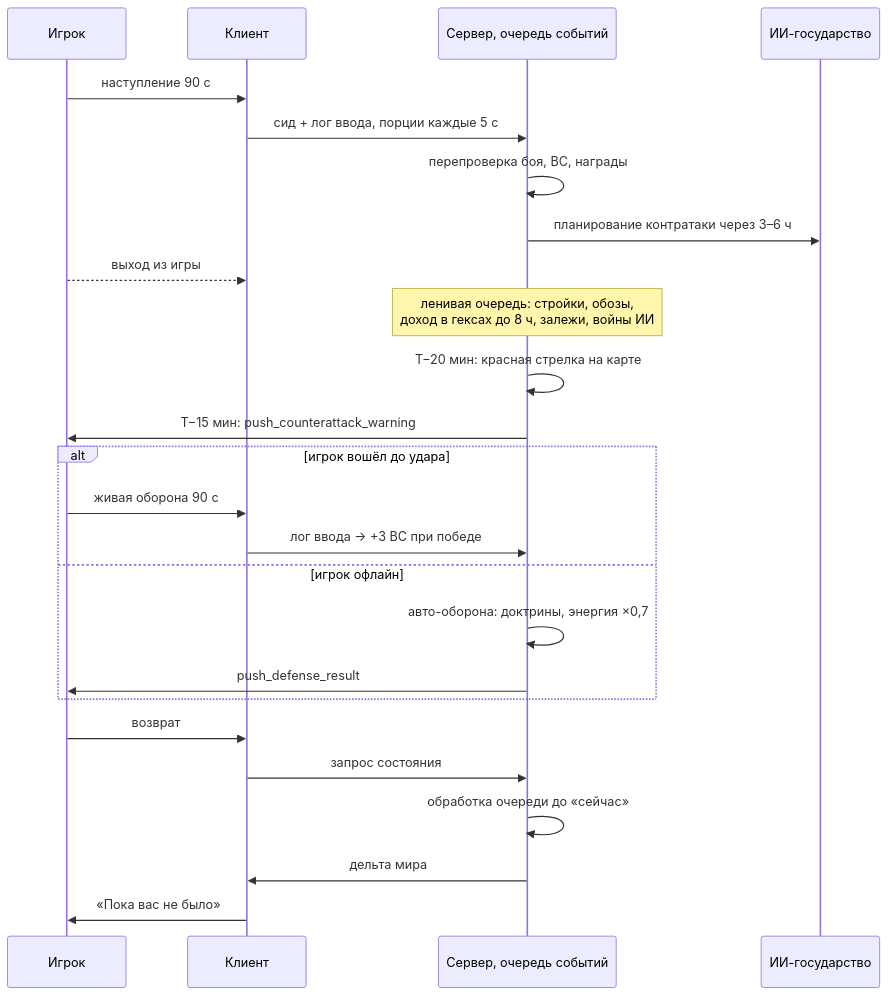
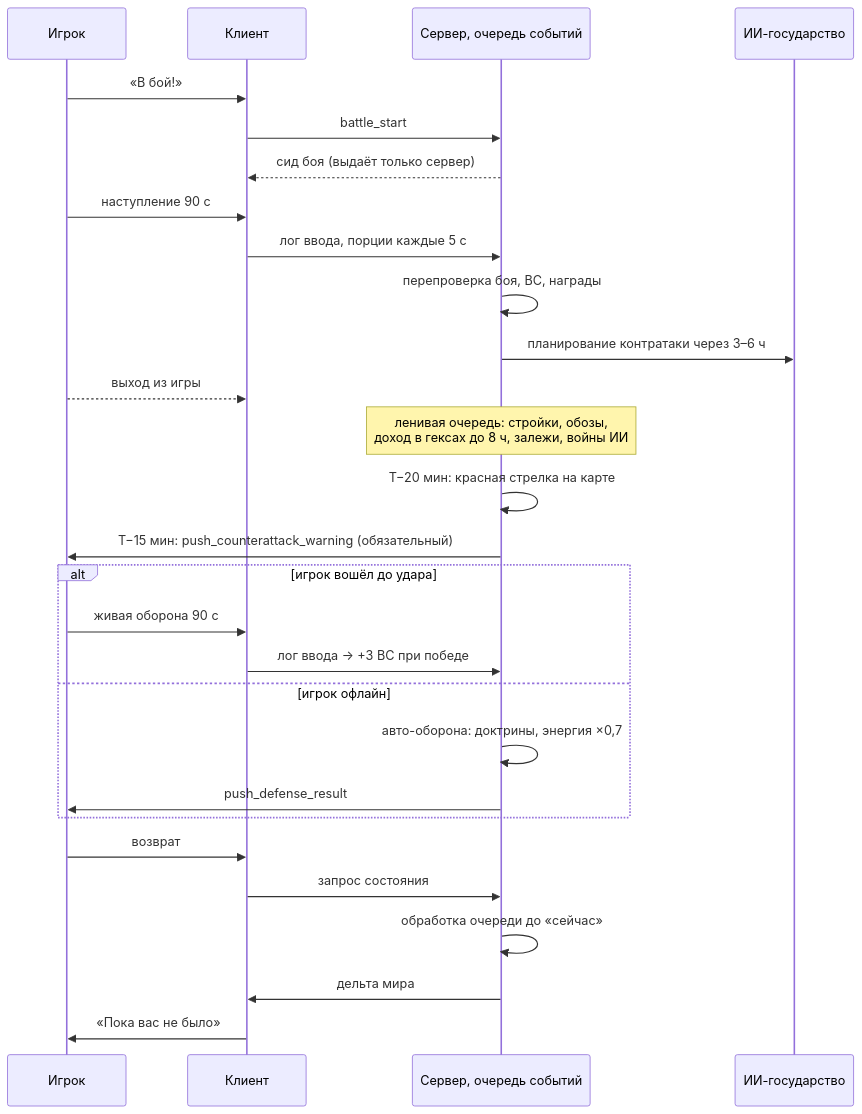
Before and after one commit to kaboomenko/Raivon: the seventh of 10 diagrams in docs/gdd/01_vision_core_loop.md, drawn with Mermaid. The commit also changed other lines of this file and 12 other files, not shown here.

````diff
--- a/docs/gdd/01_vision_core_loop.md
+++ b/docs/gdd/01_vision_core_loop.md
@@ -655,27 +674,30 @@
 ```mermaid
 sequenceDiagram
     participant P as Игрок
     participant C as Клиент
     participant S as Сервер, очередь событий
     participant AI as ИИ-государство
+    P->>C: «В бой!»
+    C->>S: battle_start
+    S-->>C: сид боя (выдаёт только сервер)
     P->>C: наступление 90 с
-    C->>S: сид + лог ввода, порции каждые 5 с
+    C->>S: лог ввода, порции каждые 5 с
     S->>S: перепроверка боя, ВС, награды
     S->>AI: планирование контратаки через 3–6 ч
     P-->>C: выход из игры
     Note over S: ленивая очередь: стройки, обозы,<br/>доход в гексах до 8 ч, залежи, войны ИИ
     S->>S: T−20 мин: красная стрелка на карте
-    S->>P: T−15 мин: push_counterattack_warning
+    S->>P: T−15 мин: push_counterattack_warning (обязательный)
     alt игрок вошёл до удара
         P->>C: живая оборона 90 с
         C->>S: лог ввода → +3 ВС при победе
     else игрок офлайн
         S->>S: авто-оборона: доктрины, энергия ×0,7
         S->>P: push_defense_result
     end
     P->>C: возврат
     C->>S: запрос состояния
     S->>S: обработка очереди до «сейчас»
     S->>C: дельта мира
     C->>P: «Пока вас не было»
 ```
````
